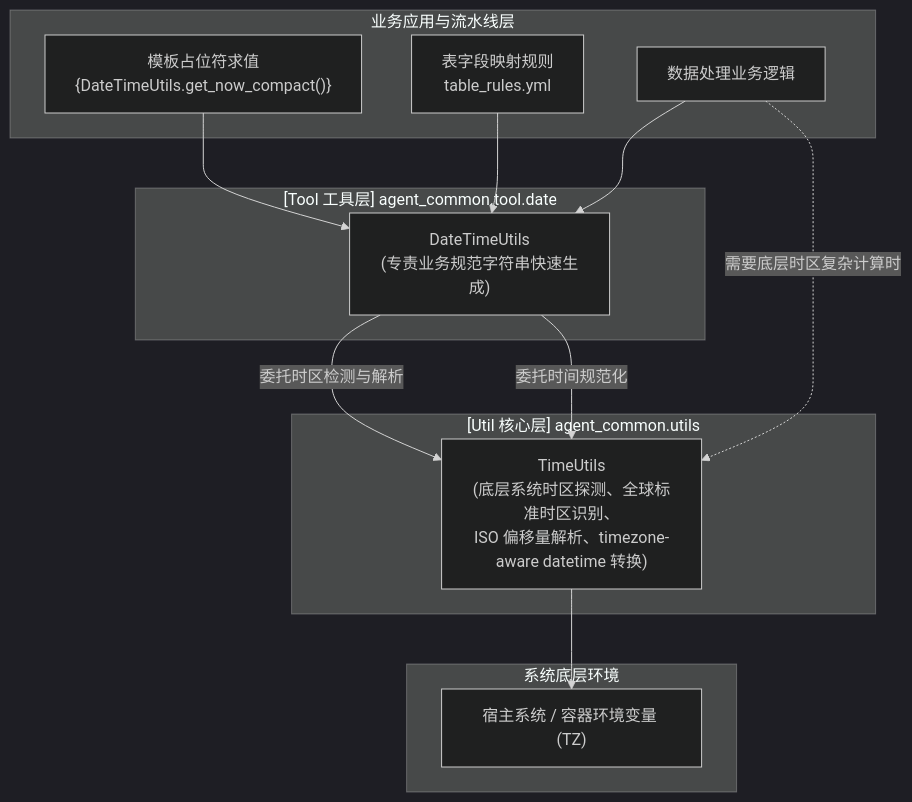
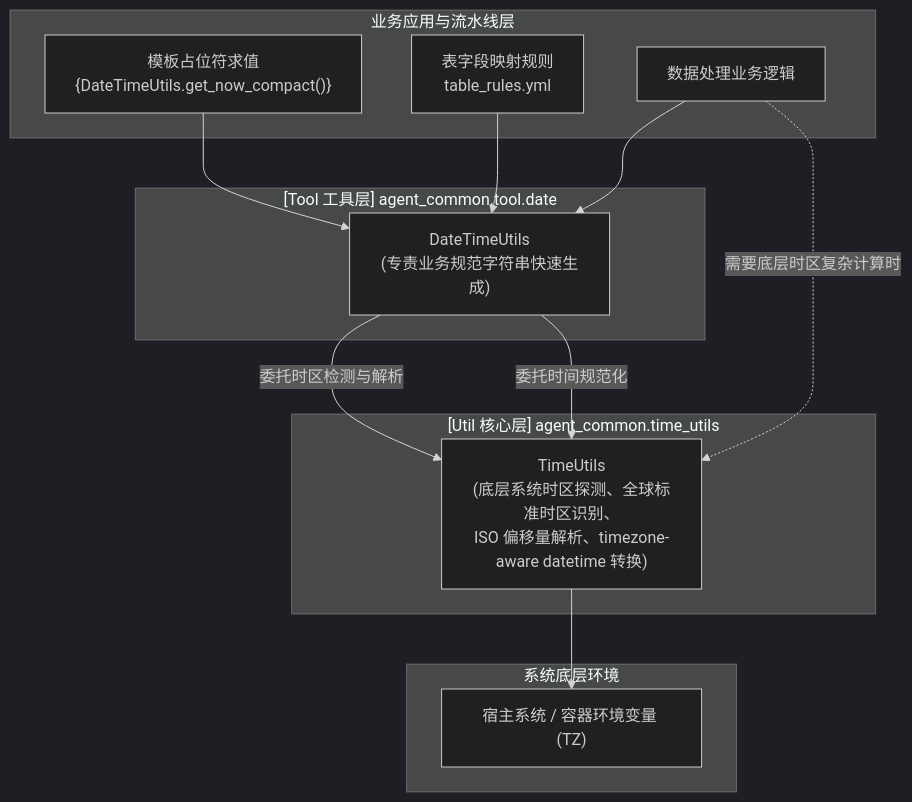
The diagram in manual/zh/tool_parser/04_builtin_datetime_utils_zh.md (kampores/agent_common), drawn with Mermaid (dark theme) before and after one commit. The commit also changed other lines of this file and 120 other files, not shown here.

````diff
--- a/manual/zh/tool_parser/04_builtin_datetime_utils_zh.md
+++ b/manual/zh/tool_parser/04_builtin_datetime_utils_zh.md
@@ -27,29 +27,29 @@
 ```mermaid
 flowchart TD
     subgraph AppLayer["业务应用与流水线层"]
         Tmpl["模板占位符求值<br/>{DateTimeUtils.get_now_compact()}"]
         Rules["表字段映射规则<br/>table_rules.yml"]
         Code["数据处理业务逻辑"]
     end
 
     subgraph ToolLayer["[Tool 工具层] agent_common.tool.date"]
         DTUtils["DateTimeUtils<br/>(专责业务规范字符串快速生成)"]
     end
 
-    subgraph CoreLayer["[Util 核心层] agent_common.utils"]
+    subgraph CoreLayer["[Util 核心层] agent_common.time_utils"]
         TUtils["TimeUtils<br/>(底层系统时区探测、全球标准时区识别、<br/>ISO 偏移量解析、timezone-aware datetime 转换)"]
     end
 
     subgraph EnvLayer["系统底层环境"]
         HostOS["宿主系统 / 容器环境变量 (TZ)"]
     end
 
     Tmpl --> DTUtils
     Rules --> DTUtils
     Code --> DTUtils
     Code -.->|"需要底层时区复杂计算时"| TUtils
 
     DTUtils -->|"委托时区检测与解析"| TUtils
     DTUtils -->|"委托时间规范化"| TUtils
     TUtils --> HostOS
 ```
````
